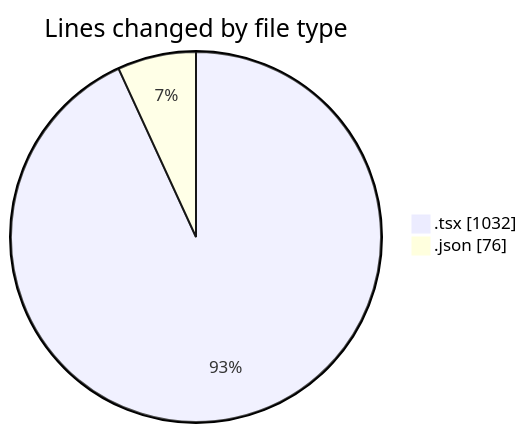
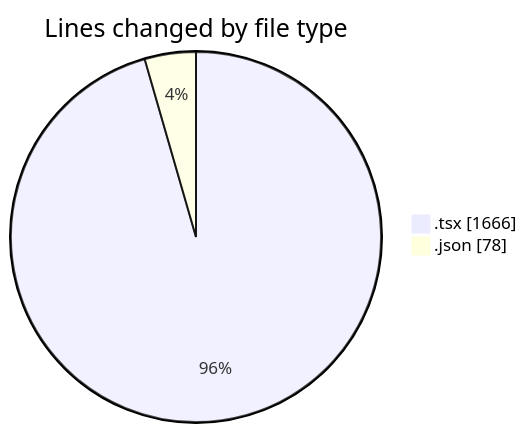
One commit to nxtqubesakshisongat/code-tracking changed the first of 2 diagrams in 2026-03-03/nxtqube_webapp/README.md. Above: the diagram before and after it, drawn with Mermaid. The commit also changed other lines of this file and 1 other file, not shown here.

````diff
--- a/2026-03-03/nxtqube_webapp/README.md
+++ b/2026-03-03/nxtqube_webapp/README.md
@@ -22,6 +23,6 @@
 ```mermaid
 pie showData
 title Lines changed by file type
-".tsx" : 1032
-".json" : 76
+".tsx" : 1666
+".json" : 78
 ```
````
